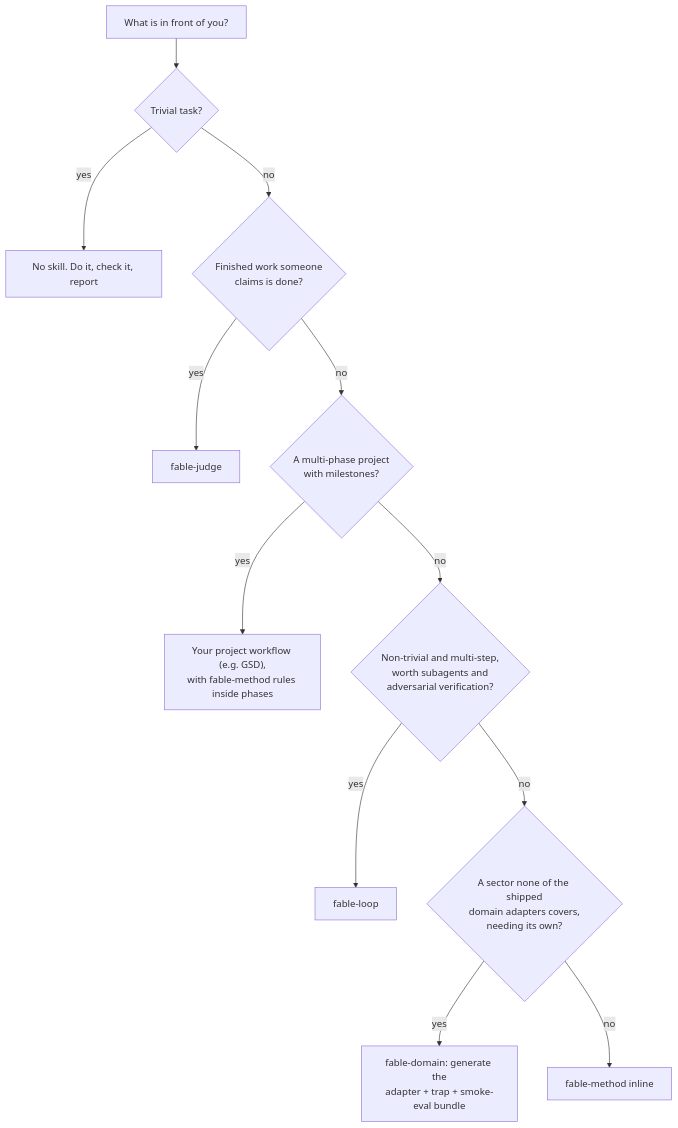
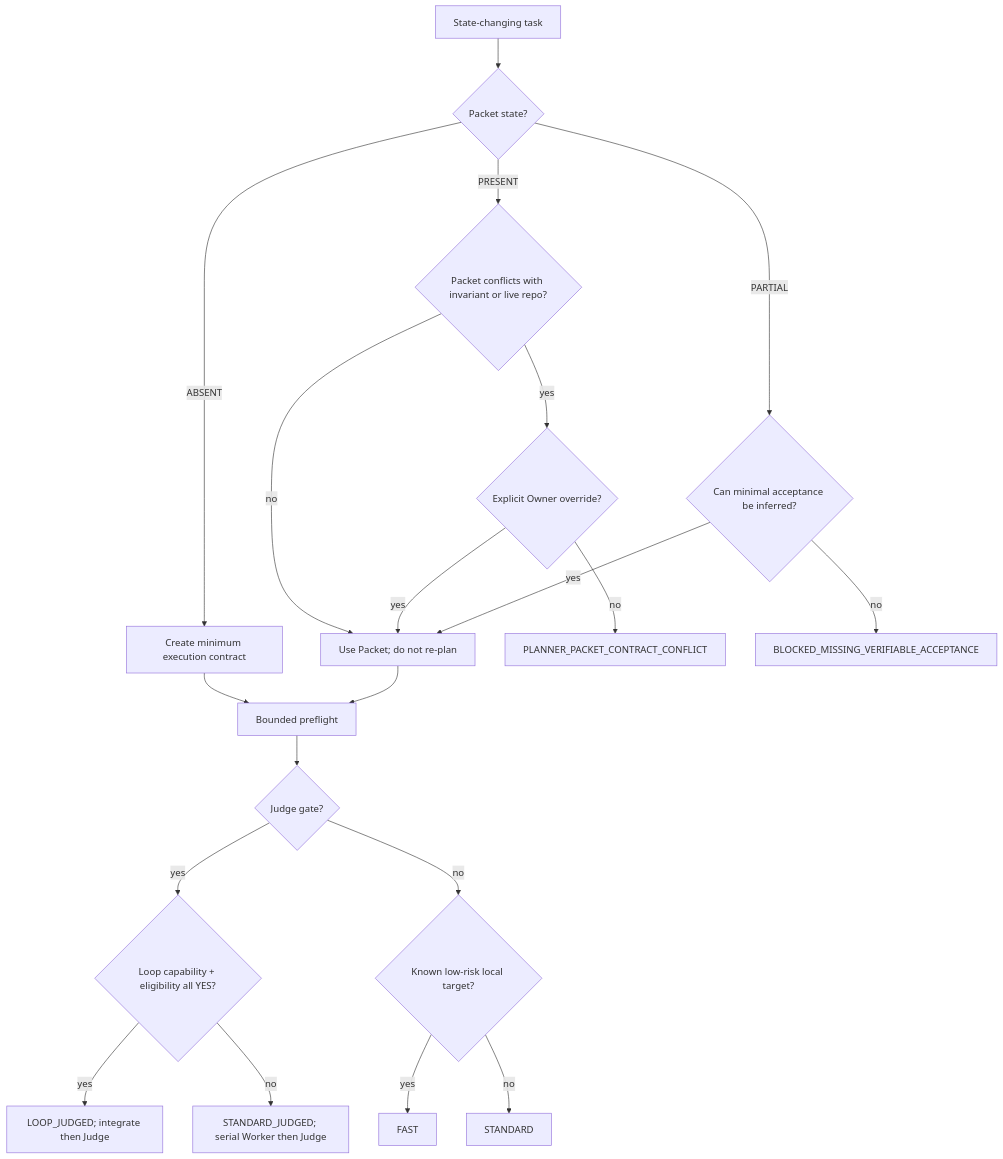
One commit to kelvinhuang0327/skill changed the second of 5 diagrams in fable-method/platforms/gemini/fable-method/references/flowcharts.md. Above: the diagram before and after it, drawn with Mermaid. The commit also changed other lines of this file and 63 other files, not shown here.

````diff
--- a/fable-method/platforms/gemini/fable-method/references/flowcharts.md
+++ b/fable-method/platforms/gemini/fable-method/references/flowcharts.md
@@ -124,14 +40,22 @@
 ```mermaid
 flowchart TD
-    Q["What is in front of you?"] --> A{"Trivial task?"}
-    A -->|yes| NONE["No skill. Do it, check it, report"]
-    A -->|no| B{"Finished work someone<br/>claims is done?"}
-    B -->|yes| J["fable-judge"]
-    B -->|no| C{"A multi-phase project<br/>with milestones?"}
-    C -->|yes| G["Your project workflow (e.g. GSD),<br/>with fable-method rules inside phases"]
-    C -->|no| D{"Non-trivial and multi-step,<br/>worth subagents and<br/>adversarial verification?"}
-    D -->|yes| L["fable-loop"]
-    D -->|no| E{"A sector none of the shipped<br/>domain adapters covers,<br/>needing its own?"}
-    E -->|yes| FD["fable-domain: generate the<br/>adapter + trap + smoke-eval bundle"]
-    E -->|no| M["fable-method inline"]
+    T["State-changing task"] --> PS{"Packet state?"}
+    PS -->|PRESENT| PC{"Packet conflicts with invariant or live repo?"}
+    PS -->|PARTIAL| AC{"Can minimal acceptance be inferred?"}
+    PS -->|ABSENT| CONTRACT["Create minimum execution contract"]
+    PC -->|no| KEEP["Use Packet; do not re-plan"]
+    PC -->|yes| OV{"Explicit Owner override?"}
+    OV -->|no| STOP["PLANNER_PACKET_CONTRACT_CONFLICT"]
+    OV -->|yes| KEEP
+    AC -->|no| BLOCK["BLOCKED_MISSING_VERIFIABLE_ACCEPTANCE"]
+    AC -->|yes| KEEP
+    CONTRACT --> PF["Bounded preflight"]
+    KEEP --> PF
+    PF --> JG{"Judge gate?"}
+    JG -->|yes| LOOPCAP{"Loop capability + eligibility all YES?"}
+    LOOPCAP -->|yes| LOOP["LOOP_JUDGED; integrate then Judge"]
+    LOOPCAP -->|no| STDJ["STANDARD_JUDGED; serial Worker then Judge"]
+    JG -->|no| LOCAL{"Known low-risk local target?"}
+    LOCAL -->|yes| FAST["FAST"]
+    LOCAL -->|no| STD["STANDARD"]
 ```
````
